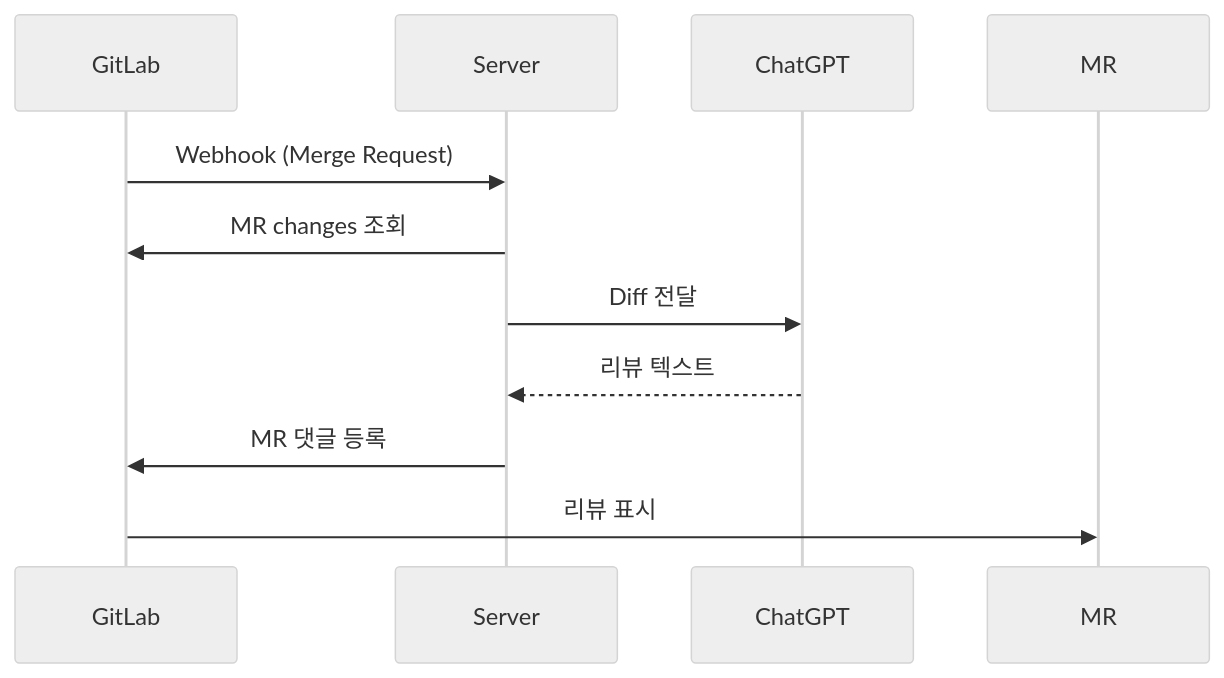
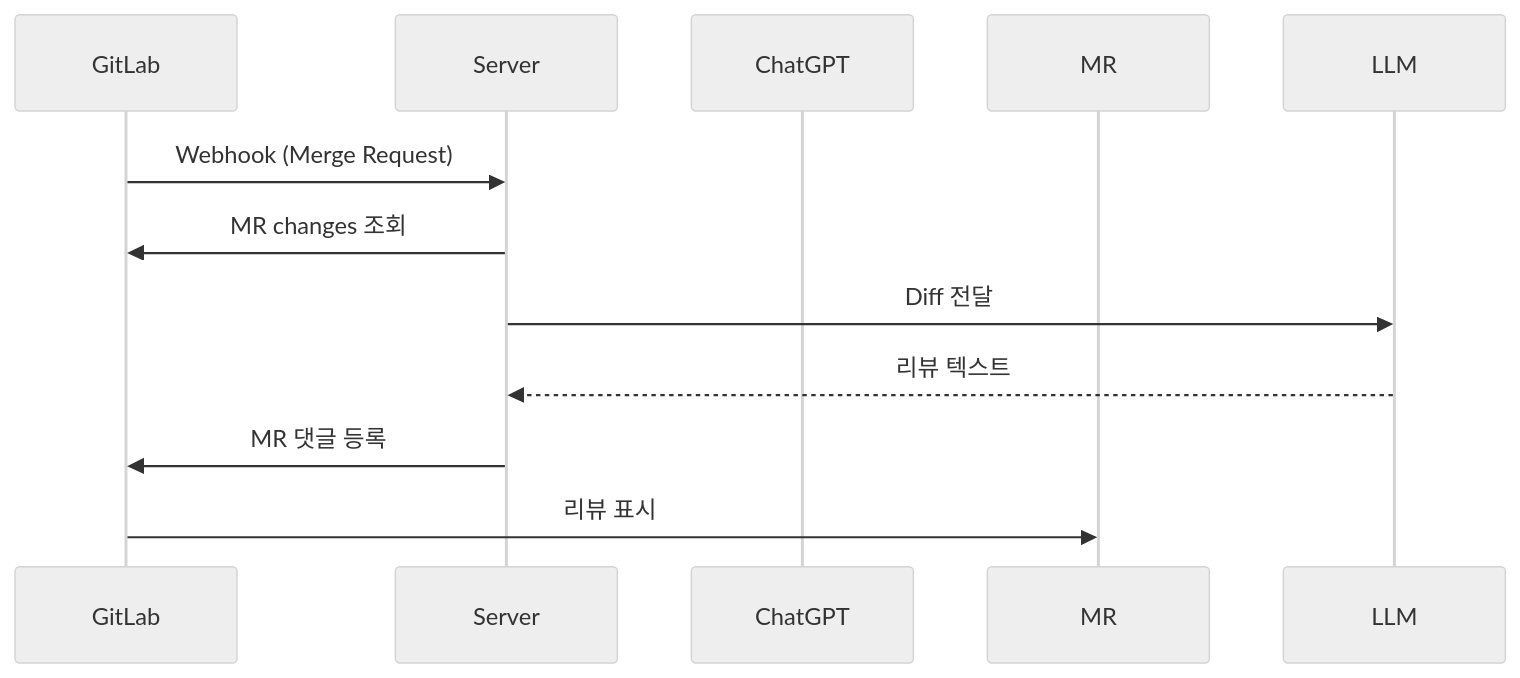
One commit to Int-Type/gitlab-mr-auto-review changed the first of 2 diagrams in README.md. Above: the diagram before and after it, drawn with Mermaid (neutral theme). The commit also changed other lines of this file, not shown here.

````diff
--- a/README.md
+++ b/README.md
@@ -119,14 +170,14 @@
 ```mermaid
 sequenceDiagram
   participant GitLab
   participant Server
   participant ChatGPT
   participant MR
 
   GitLab->>Server: Webhook (Merge Request)
   Server->>GitLab: MR changes 조회
-  Server->>ChatGPT: Diff 전달
-  ChatGPT-->>Server: 리뷰 텍스트
+  Server->>LLM: Diff 전달
+  LLM-->>Server: 리뷰 텍스트
   Server->>GitLab: MR 댓글 등록
   GitLab->>MR: 리뷰 표시
 ```
````
